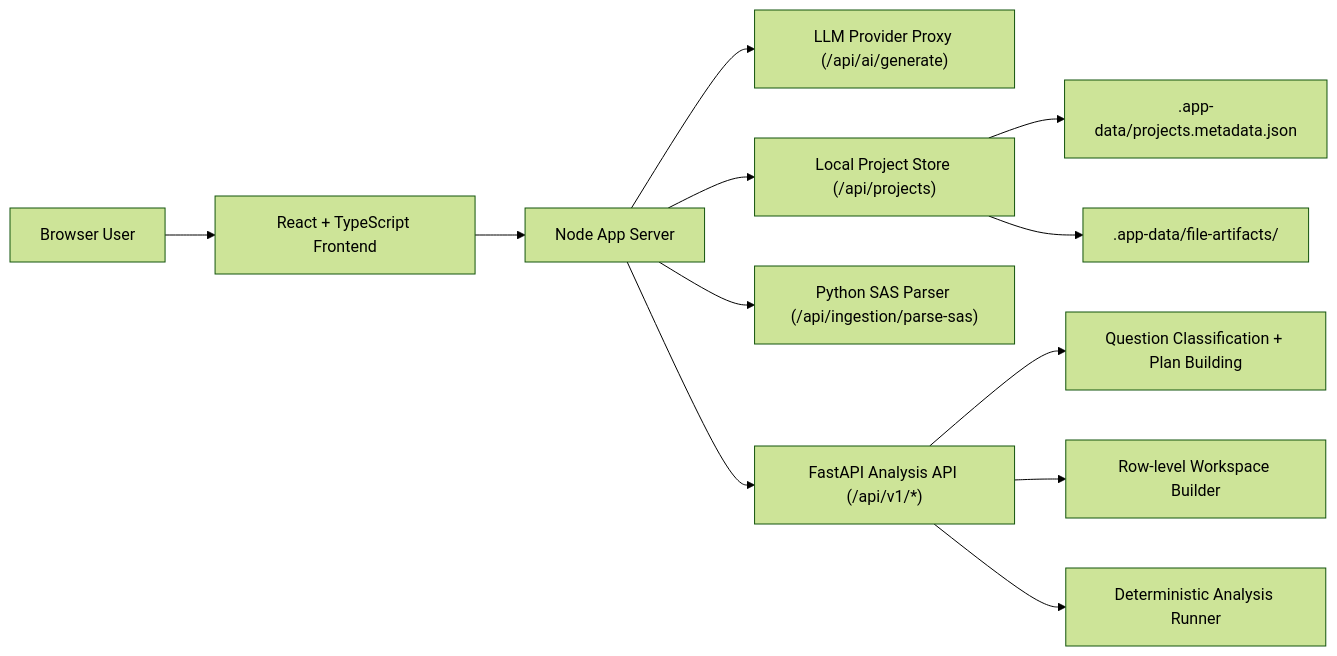
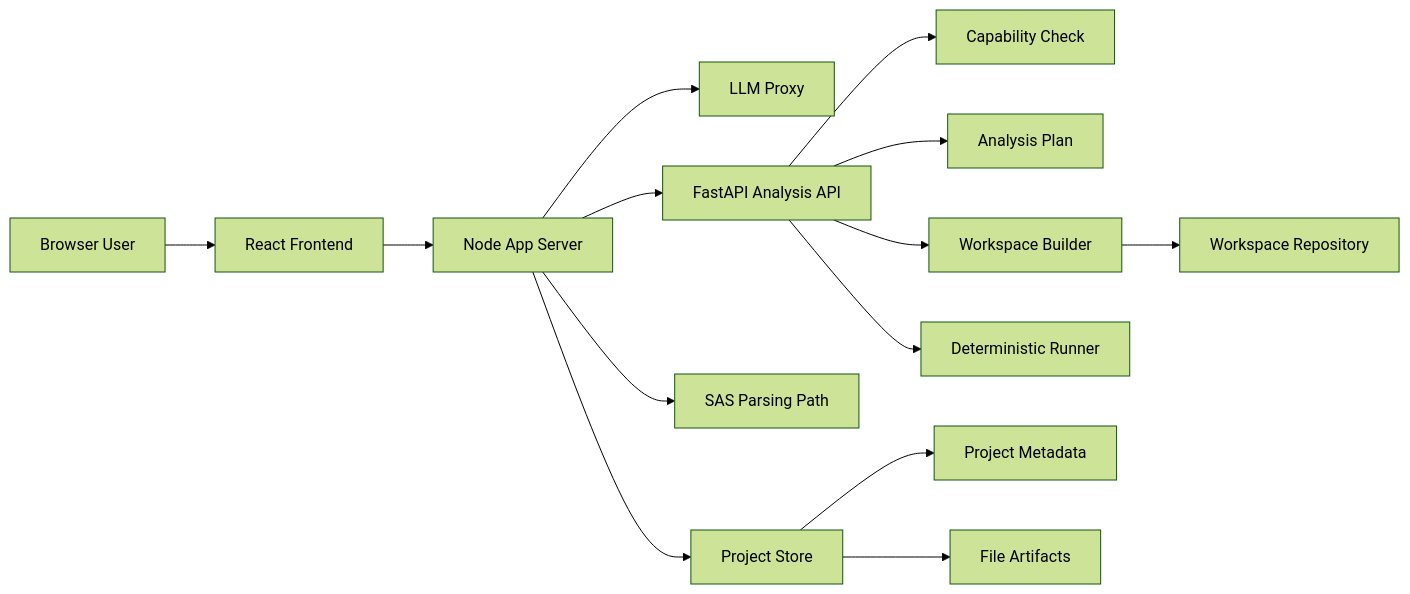
Before and after one commit to mnikor/Study-Data-analysis: the first of 6 diagrams in README.md, drawn with Mermaid (forest theme). The commit also changed other lines of this file and 35 other files, not shown here.

Commit message:
Improve analysis workflows architecture and docs

````diff
--- a/README.md
+++ b/README.md
@@ -52,16 +98,19 @@
 ```mermaid
 flowchart LR
-    U["Browser User"] --> FE["React + TypeScript Frontend"]
+    U["Browser User"] --> FE["React Frontend"]
     FE --> NODE["Node App Server"]
-    NODE --> AI["LLM Provider Proxy (/api/ai/generate)"]
-    NODE --> STORE["Local Project Store (/api/projects)"]
-    NODE --> SAS["Python SAS Parser (/api/ingestion/parse-sas)"]
-    NODE --> FASTAPI["FastAPI Analysis API (/api/v1/*)"]
 
-    FASTAPI --> PLAN["Question Classification + Plan Building"]
-    FASTAPI --> WS["Row-level Workspace Builder"]
-    FASTAPI --> RUN["Deterministic Analysis Runner"]
+    NODE --> AI["LLM Proxy"]
+    NODE --> STORE["Project Store"]
+    NODE --> SAS["SAS Parsing Path"]
+    NODE --> FASTAPI["FastAPI Analysis API"]
 
-    STORE --> META[".app-data/projects.metadata.json"]
-    STORE --> ART[".app-data/file-artifacts/"]
+    FASTAPI --> CAP["Capability Check"]
+    FASTAPI --> PLAN["Analysis Plan"]
+    FASTAPI --> WS["Workspace Builder"]
+    FASTAPI --> RUN["Deterministic Runner"]
+
+    STORE --> META["Project Metadata"]
+    STORE --> ART["File Artifacts"]
+    WS --> REPO["Workspace Repository"]
 ```
````
